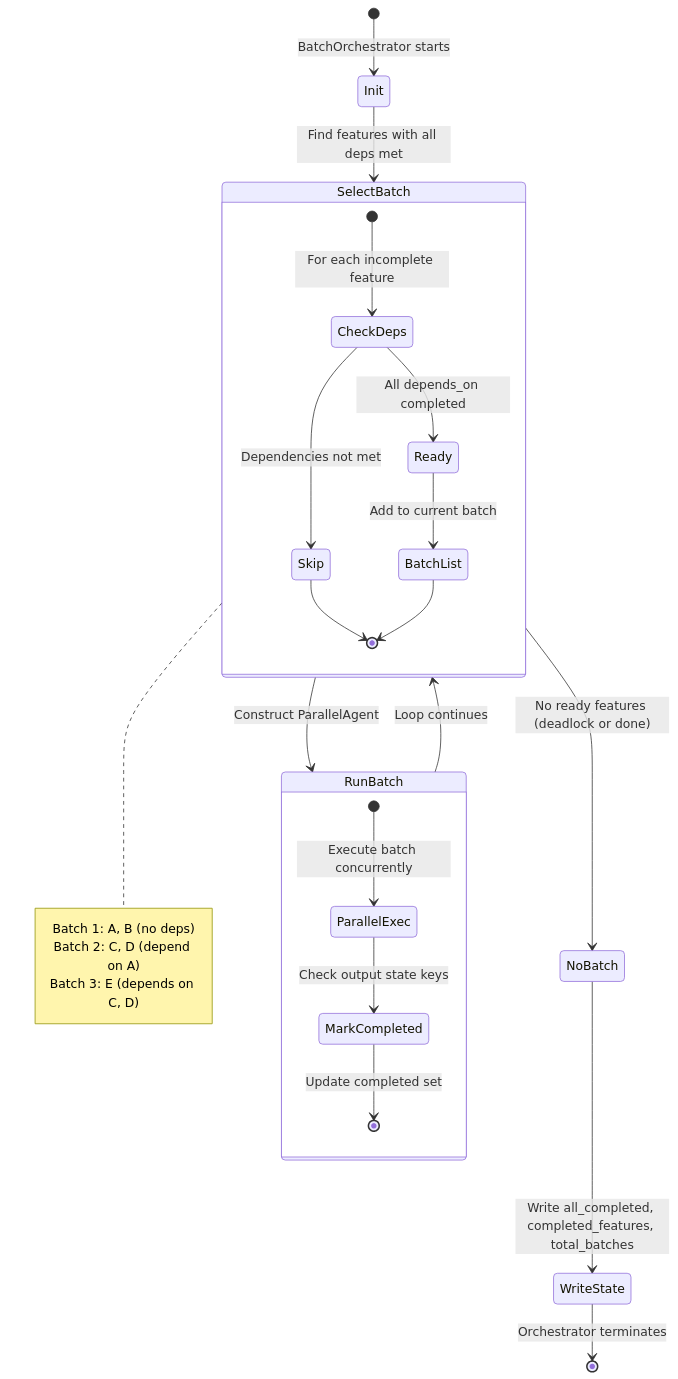
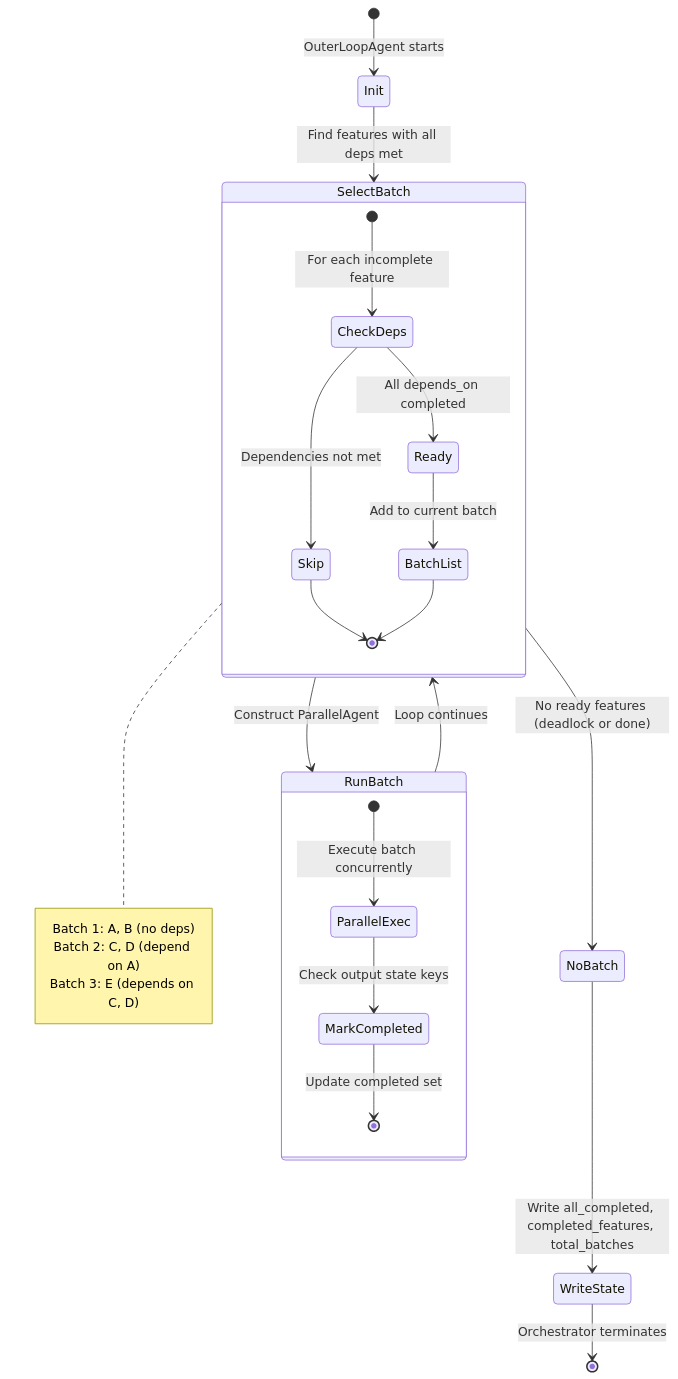
The sixth of 7 diagrams in .dev/build-phase/phase-1/model.md (BechtelR/AutoBuilder), drawn with Mermaid before and after one commit. The commit also changed other lines of this file and 24 other files, not shown here.

Commit message:
docs: Decisions #40-48; stateless agents, CEO queue, ADK-native   toolset, deterministic safety ops; Removed stale refs to BatchOrchestrator

````diff
--- a/.dev/build-phase/phase-1/model.md
+++ b/.dev/build-phase/phase-1/model.md
@@ -305,33 +309,33 @@
 ```mermaid
 stateDiagram-v2
-    [*] --> Init: BatchOrchestrator starts
+    [*] --> Init: OuterLoopAgent starts
     Init --> SelectBatch: Find features with all deps met
 
     state SelectBatch {
         [*] --> CheckDeps: For each incomplete feature
         CheckDeps --> Ready: All depends_on completed
         CheckDeps --> Skip: Dependencies not met
         Ready --> BatchList: Add to current batch
         Skip --> [*]
         BatchList --> [*]
     }
 
     SelectBatch --> NoBatch: No ready features (deadlock or done)
     SelectBatch --> RunBatch: Construct ParallelAgent
 
     state RunBatch {
         [*] --> ParallelExec: Execute batch concurrently
         ParallelExec --> MarkCompleted: Check output state keys
         MarkCompleted --> [*]: Update completed set
     }
 
     RunBatch --> SelectBatch: Loop continues
     NoBatch --> WriteState: Write all_completed, completed_features, total_batches
     WriteState --> [*]: Orchestrator terminates
 
     note right of SelectBatch
         Batch 1: A, B (no deps)
         Batch 2: C, D (depend on A)
         Batch 3: E (depends on C, D)
     end note
 ```
````
